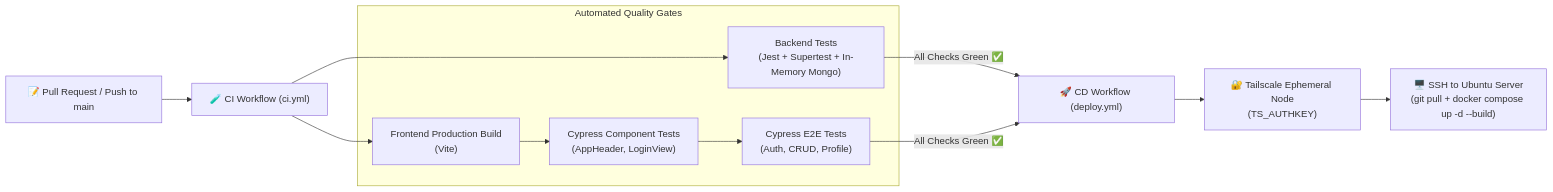
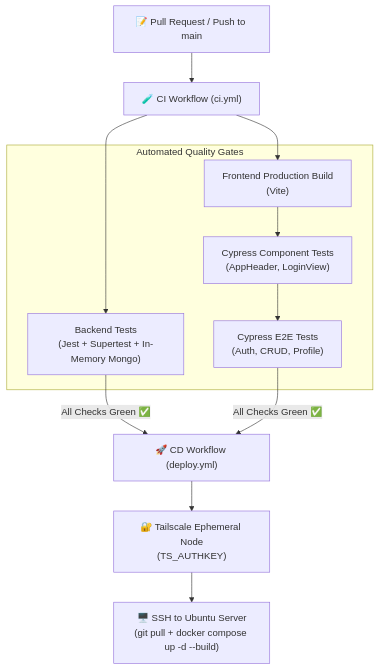
Before and after one commit to joaohb07/documentation: the second of 2 diagrams in docs/docs/apps/task_app.md, drawn with Mermaid. The commit also changed other lines of this file and 7 other files, not shown here.

````diff
--- a/docs/docs/apps/task_app.md
+++ b/docs/docs/apps/task_app.md
@@ -72,18 +72,18 @@
 ```mermaid
-flowchart LR
+flowchart TD
     PR["📝 Pull Request / Push to main"] --> CI["🧪 CI Workflow (ci.yml)"]
 
     subgraph QualityGates ["Automated Quality Gates"]
         Jest["Backend Tests<br/>(Jest + Supertest + In-Memory Mongo)"]
         Build["Frontend Production Build<br/>(Vite)"]
         CyComp["Cypress Component Tests<br/>(AppHeader, LoginView)"]
         CyE2E["Cypress E2E Tests<br/>(Auth, CRUD, Profile)"]
     end
 
     CI --> Jest
     CI --> Build --> CyComp --> CyE2E
 
     Jest & CyE2E -->|"All Checks Green ✅"| CD["🚀 CD Workflow (deploy.yml)"]
     CD --> TS["🔐 Tailscale Ephemeral Node<br/>(TS_AUTHKEY)"]
     TS --> SSH["🖥️ SSH to Ubuntu Server<br/>(git pull + docker compose up -d --build)"]
 ```
````
